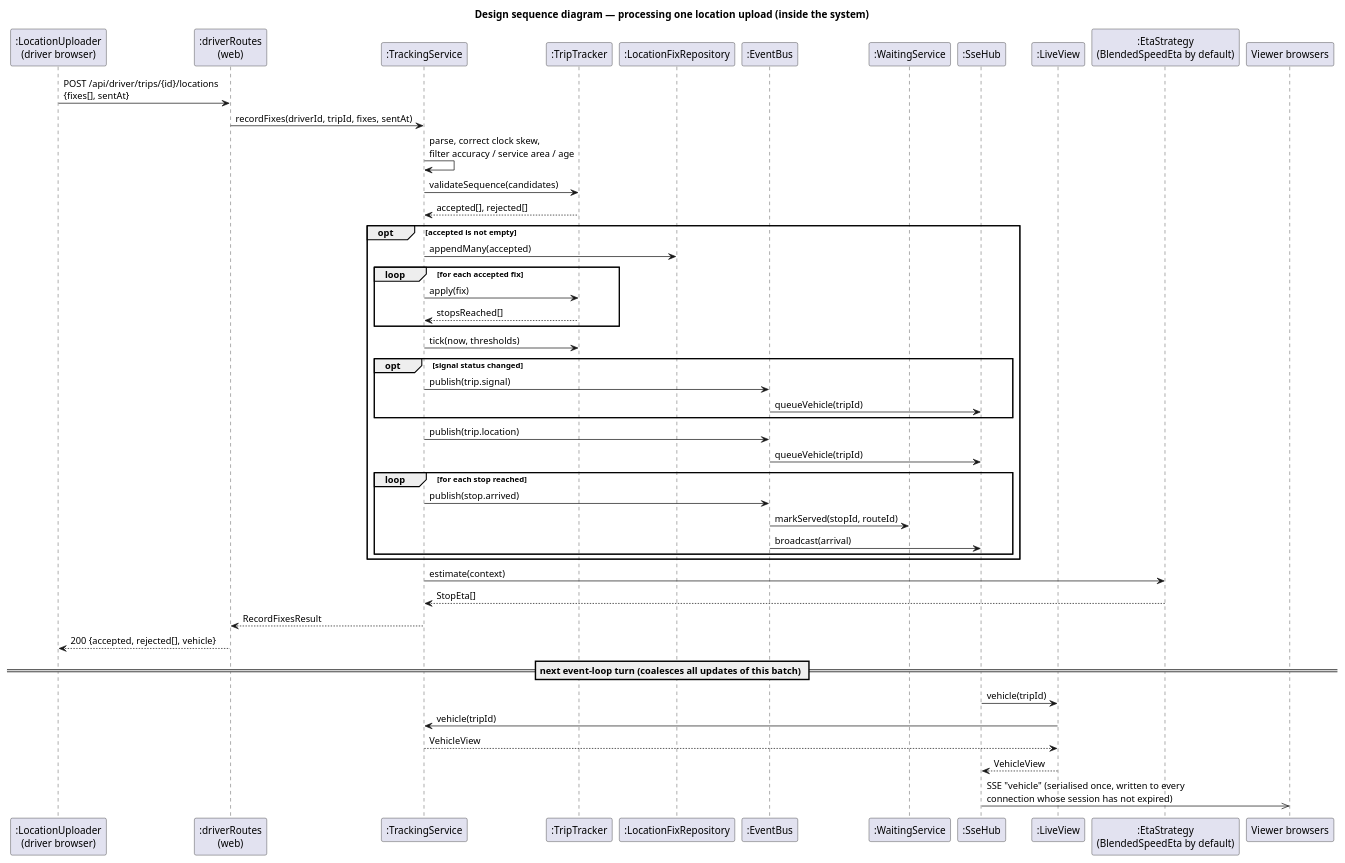
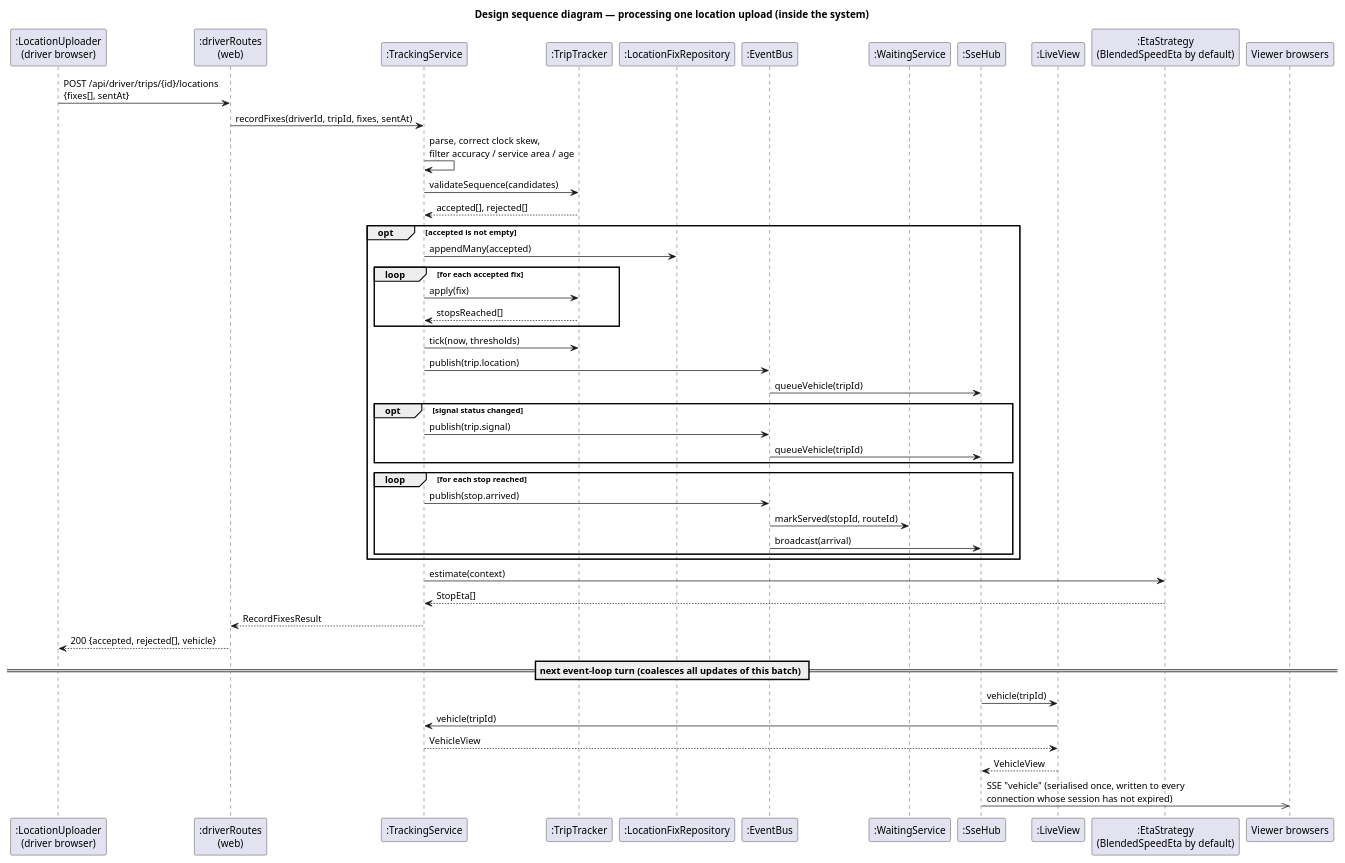
The diagram in docs/uml/04-sequence-location-update.puml (abdullahshammari796-ctrl/CampusShuttle), drawn with PlantUML before and after one commit. The commit also changed other lines of this file and 14 other files, not shown here.

First line of the commit message:
docs(uml): correct 10 diagram sources after a second member-by-member comparison

```diff
--- a/docs/uml/04-sequence-location-update.puml
+++ b/docs/uml/04-sequence-location-update.puml
@@ -1,54 +1,54 @@
 @startuml 04-sequence-location-update
 skinparam shadowing false
 skinparam defaultFontName Arial
 skinparam sequenceMessageAlign left
 title Design sequence diagram — processing one location upload (inside the system)
 
 participant ":LocationUploader\n(driver browser)" as App
 participant ":driverRoutes\n(web)" as Web
 participant ":TrackingService" as TS
 participant ":TripTracker" as TT
 participant ":LocationFixRepository" as Repo
 participant ":EventBus" as Bus
 participant ":WaitingService" as WS
 participant ":SseHub" as Hub
 participant ":LiveView" as LV
 participant ":EtaStrategy\n(BlendedSpeedEta by default)" as Eta
 participant "Viewer browsers" as Viewers
 
 App -> Web : POST /api/driver/trips/{id}/locations\n{fixes[], sentAt}
 Web -> TS : recordFixes(driverId, tripId, fixes, sentAt)
 TS -> TS : parse, correct clock skew,\nfilter accuracy / service area / age
 TS -> TT : validateSequence(candidates)
 TT --> TS : accepted[], rejected[]
 opt accepted is not empty
   TS -> Repo : appendMany(accepted)
   loop for each accepted fix
     TS -> TT : apply(fix)
     TT --> TS : stopsReached[]
   end
   TS -> TT : tick(now, thresholds)
+  TS -> Bus : publish(trip.location)
+  Bus -> Hub : queueVehicle(tripId)
   opt signal status changed
     TS -> Bus : publish(trip.signal)
     Bus -> Hub : queueVehicle(tripId)
   end
-  TS -> Bus : publish(trip.location)
-  Bus -> Hub : queueVehicle(tripId)
   loop for each stop reached
     TS -> Bus : publish(stop.arrived)
     Bus -> WS : markServed(stopId, routeId)
     Bus -> Hub : broadcast(arrival)
   end
 end
 TS -> Eta : estimate(context)
 Eta --> TS : StopEta[]
 TS --> Web : RecordFixesResult
 Web --> App : 200 {accepted, rejected[], vehicle}
 
 == next event-loop turn (coalesces all updates of this batch) ==
 Hub -> LV : vehicle(tripId)
 LV -> TS : vehicle(tripId)
 TS --> LV : VehicleView
 LV --> Hub : VehicleView
 Hub ->> Viewers : SSE "vehicle" (serialised once, written to every\nconnection whose session has not expired)
 @enduml
```
